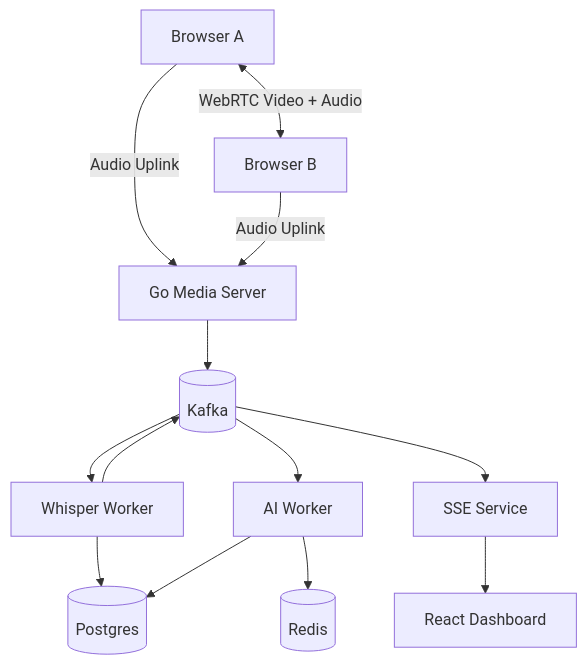
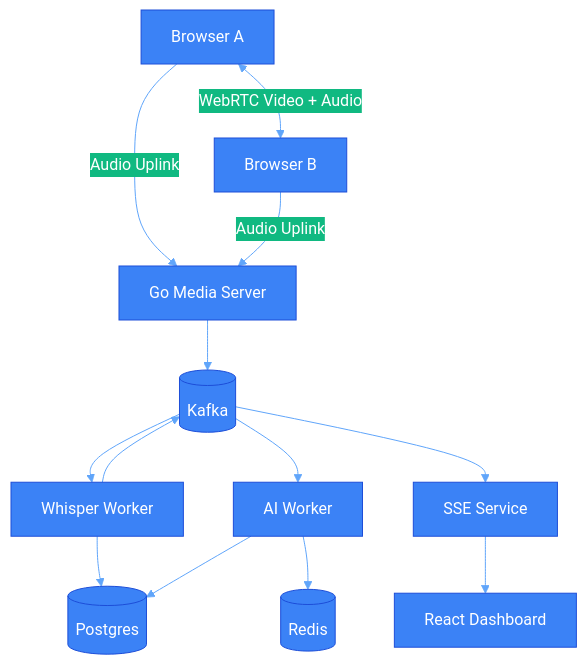
Before and after one commit to madhusudhan890/media-intelligence-platform: the third of 7 diagrams in README.md, drawn with Mermaid. The commit also changed other lines of this file, not shown here.

````diff
--- a/README.md
+++ b/README.md
@@ -124,28 +146,39 @@
 ```mermaid
+---
+config:
+  theme: base
+  themeVariables:
+    primaryColor: '#3b82f6'
+    primaryTextColor: '#ffffff'
+    primaryBorderColor: '#1d4ed8'
+    lineColor: '#60a5fa'
+    secondaryColor: '#10b981'
+    tertiaryColor: '#1e293b'
+---
 graph TD
 
 A[Browser A]
 B[Browser B]
 
 A <-->|WebRTC Video + Audio| B
 
 A -->|Audio Uplink| Media[Go Media Server]
 B -->|Audio Uplink| Media
 
 Media --> Kafka[(Kafka)]
 
 Kafka --> TW[Whisper Worker]
 
 TW --> Kafka
 
 Kafka --> AW[AI Worker]
 
 AW --> Redis[(Redis)]
 
 TW --> Postgres[(Postgres)]
 AW --> Postgres
 
 Kafka --> SSE[SSE Service]
 
 SSE --> UI[React Dashboard]
 ```
````
